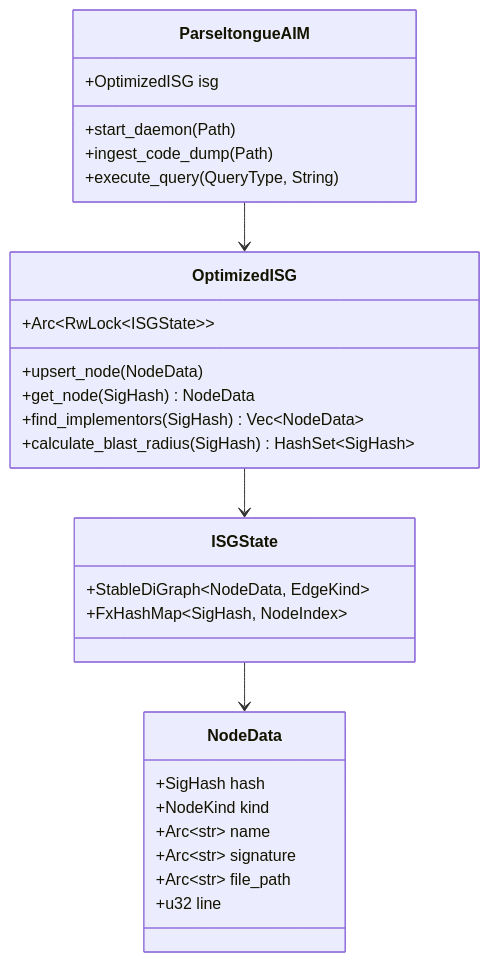
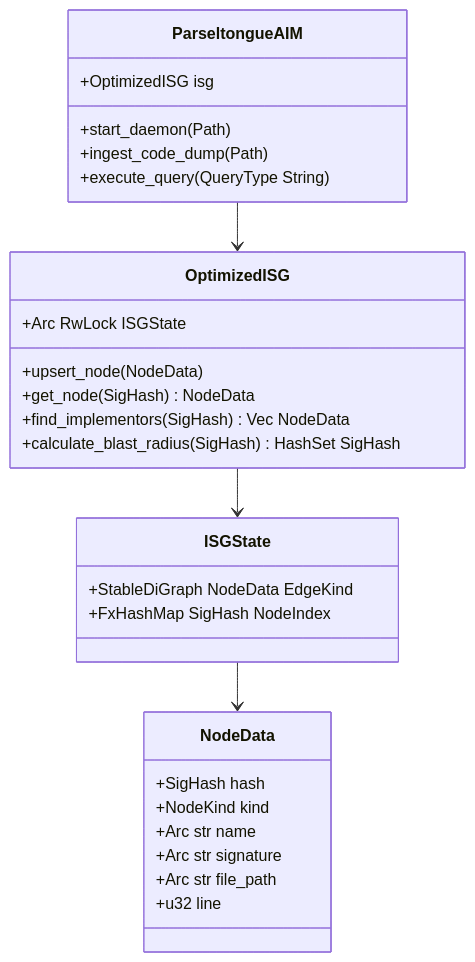
Before and after one commit to that-in-rust/parseltongue: the sixth of 10 diagrams in README.md, drawn with Mermaid. The commit also changed other lines of this file and 32 other files, not shown here.

````diff
--- a/README.md
+++ b/README.md
@@ -208,35 +209,35 @@
 ```mermaid
 classDiagram
     class OptimizedISG {
-        +Arc~RwLock~ISGState~~
+        +Arc RwLock ISGState
         +upsert_node(NodeData)
         +get_node(SigHash) NodeData
-        +find_implementors(SigHash) Vec~NodeData~
-        +calculate_blast_radius(SigHash) HashSet~SigHash~
+        +find_implementors(SigHash) Vec NodeData
+        +calculate_blast_radius(SigHash) HashSet SigHash
     }
     
     class ISGState {
-        +StableDiGraph~NodeData, EdgeKind~
-        +FxHashMap~SigHash, NodeIndex~
+        +StableDiGraph NodeData EdgeKind
+        +FxHashMap SigHash NodeIndex
     }
     
     class NodeData {
         +SigHash hash
         +NodeKind kind
-        +Arc~str~ name
-        +Arc~str~ signature
-        +Arc~str~ file_path
+        +Arc str name
+        +Arc str signature
+        +Arc str file_path
         +u32 line
     }
     
     class ParseltongueAIM {
         +OptimizedISG isg
         +start_daemon(Path)
         +ingest_code_dump(Path)
-        +execute_query(QueryType, String)
+        +execute_query(QueryType String)
     }
     
     OptimizedISG --> ISGState
     ISGState --> NodeData
     ParseltongueAIM --> OptimizedISG
 ```
````
